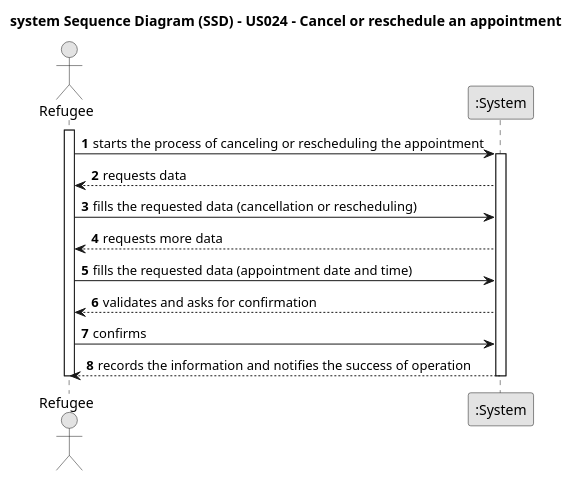
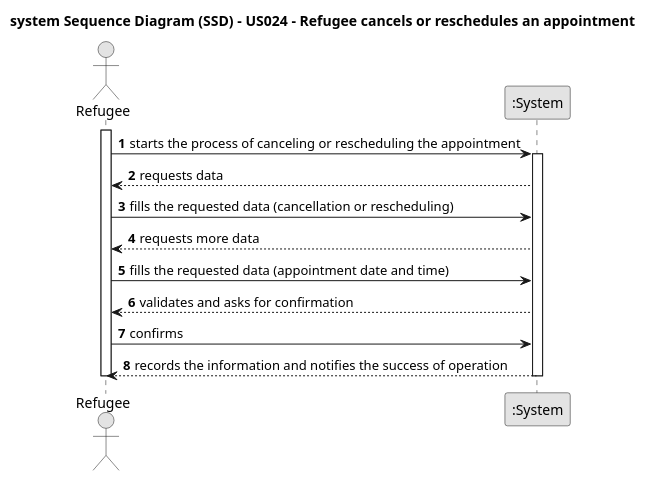
Before and after one commit to tbarracha/Upskill-Sprint-2-Gladly-Given: the diagram in javaSprint2GladlyGiven/Docs/UseCases/uc024/requirements/puml/uc024-SSD.puml, drawn with PlantUML. The commit also changed 30 other files, not shown here.

```diff
--- a/javaSprint2GladlyGiven/Docs/UseCases/uc024/requirements/puml/uc024-SSD.puml
+++ b/javaSprint2GladlyGiven/Docs/UseCases/uc024/requirements/puml/uc024-SSD.puml
@@ -1,29 +1,29 @@
 @startuml
 skinparam monochrome true
 skinparam packageStyle rectangle
 skinparam shadowing false
 
-title system Sequence Diagram (SSD) - US024 - Cancel or reschedule an appointment
+title system Sequence Diagram (SSD) - US024 - Refugee cancels or reschedules an appointment
 
 
 
 autonumber
 
 actor Refugee as refugee
 participant ":System" as system
 
 activate refugee
     refugee -> system : starts the process of canceling or rescheduling the appointment
     activate system
         system --> refugee : requests data
         refugee -> system : fills the requested data (cancellation or rescheduling)
         system --> refugee : requests more data
         refugee -> system : fills the requested data (appointment date and time)
         system --> refugee : validates and asks for confirmation
         refugee -> system : confirms
         system --> refugee : records the information and notifies the success of operation
     deactivate system
 deactivate refugee
 
 
 @enduml
```
